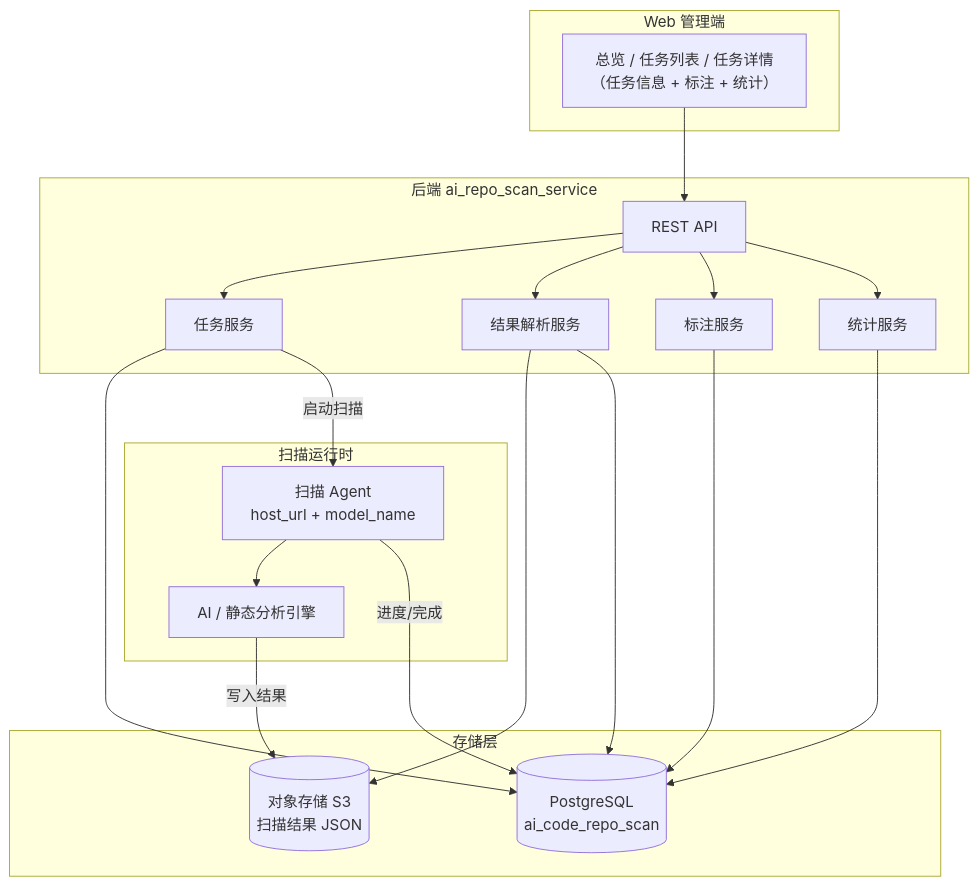
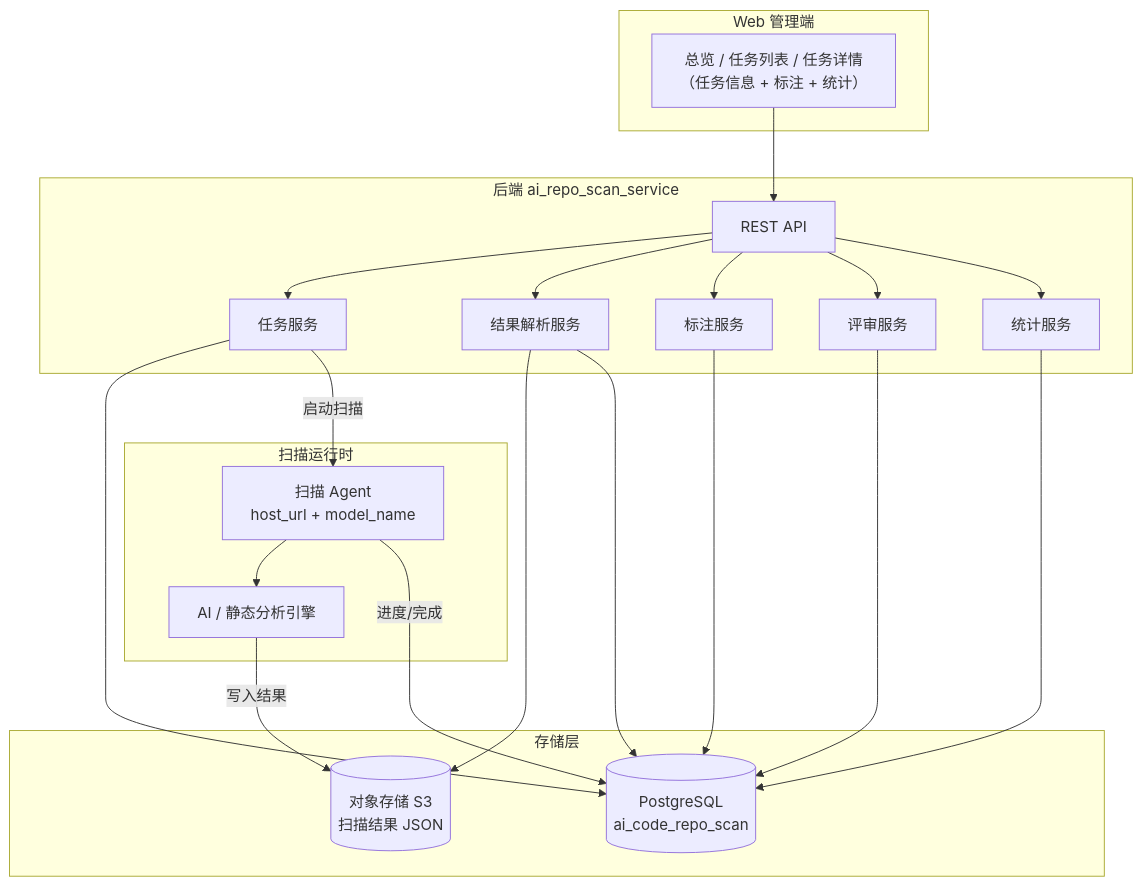
One commit to BeaconLin/aiRepoScan-hw changed the first of 6 diagrams in 设计文档.md. Above: the diagram before and after it, drawn with Mermaid. The commit also changed other lines of this file and 11 other files, not shown here.

````diff
--- a/设计文档.md
+++ b/设计文档.md
@@ -98,36 +100,38 @@
 ```mermaid
 flowchart TB
     subgraph Client["Web 管理端"]
         UI["总览 / 任务列表 / 任务详情\n（任务信息 + 标注 + 统计）"]
     end
 
     subgraph Service["后端 ai_repo_scan_service"]
         API["REST API"]
         TaskSvc["任务服务"]
         ResultSvc["结果解析服务"]
         AnnoSvc["标注服务"]
+        ReviewSvc["评审服务"]
         StatSvc["统计服务"]
     end
 
     subgraph Runtime["扫描运行时"]
         Agent["扫描 Agent\nhost_url + model_name"]
         Engine["AI / 静态分析引擎"]
     end
 
     subgraph Storage["存储层"]
         PG[(PostgreSQL\nai_code_repo_scan)]
         S3[(对象存储 S3\n扫描结果 JSON)]
     end
 
     UI --> API
-    API --> TaskSvc & ResultSvc & AnnoSvc & StatSvc
+    API --> TaskSvc & ResultSvc & AnnoSvc & ReviewSvc & StatSvc
     TaskSvc --> PG
     AnnoSvc --> PG
+    ReviewSvc --> PG
     StatSvc --> PG
     ResultSvc --> S3
     ResultSvc --> PG
     TaskSvc -->|启动扫描| Agent
     Agent --> Engine
     Engine -->|写入结果| S3
     Agent -->|进度/完成| PG
 ```
````
